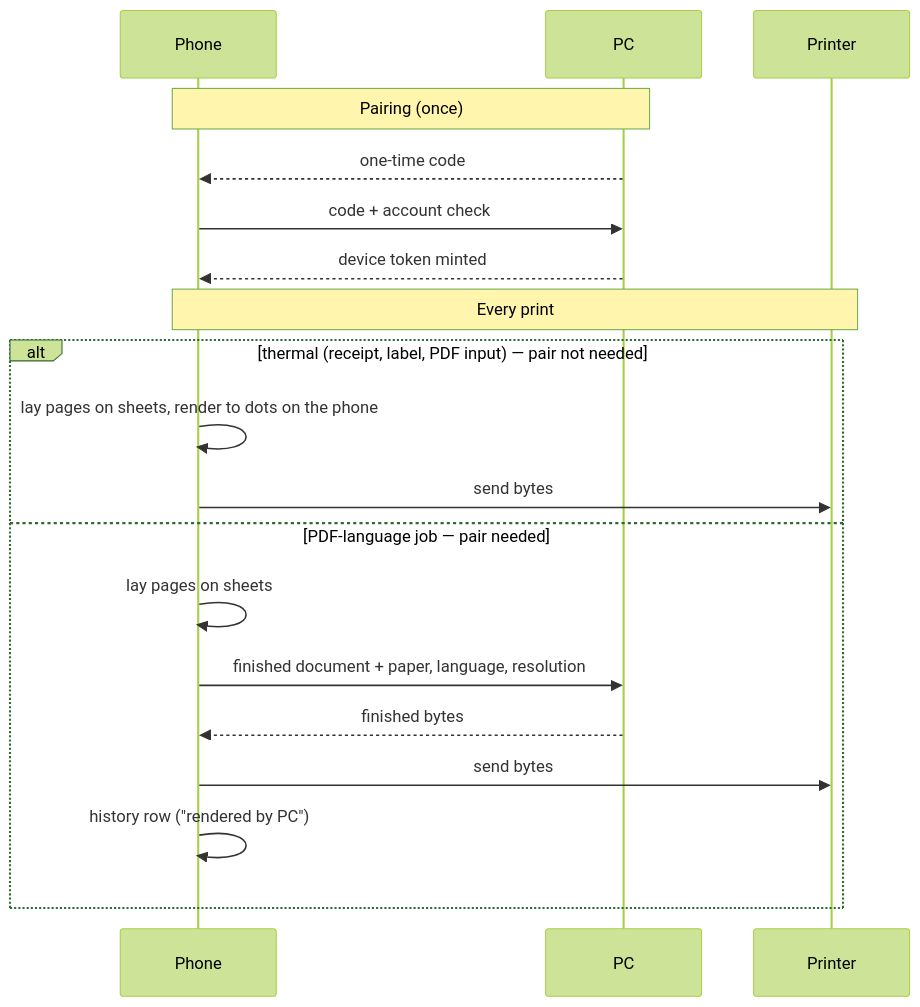
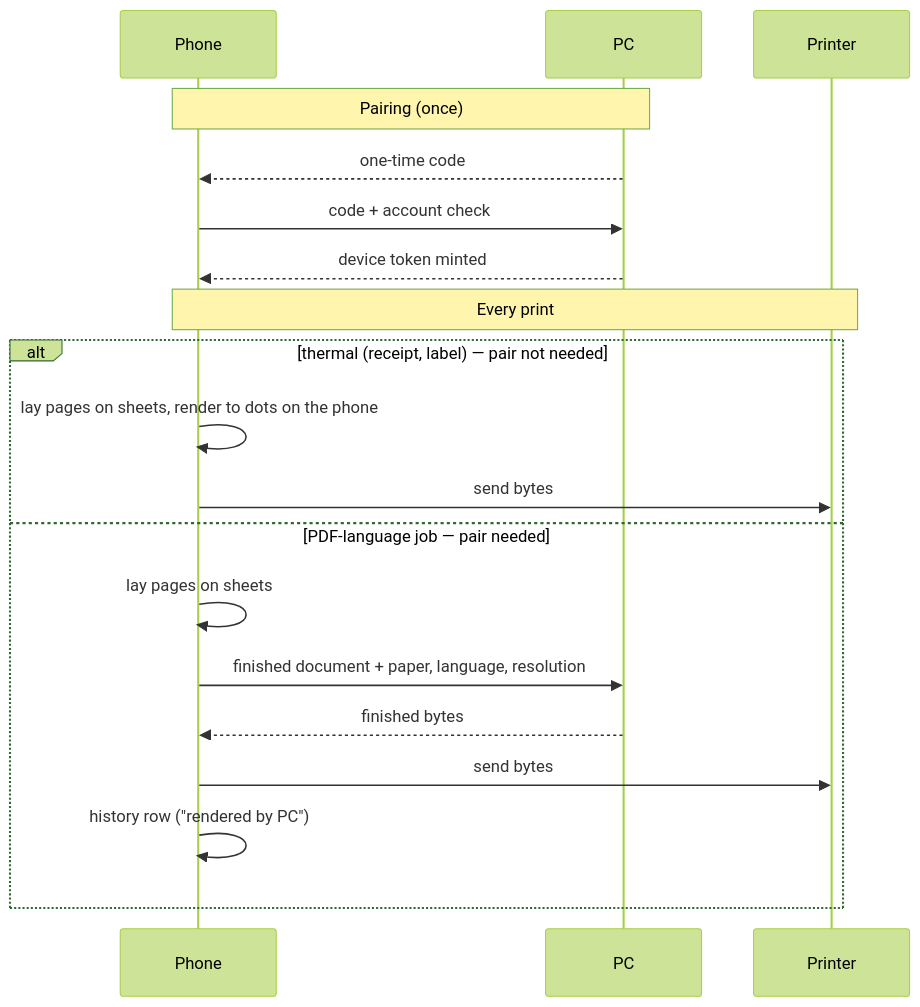
One commit to SAR-dev/PrintNinja changed the third of 4 diagrams in docs/ARCHITECTURE.md. Above: the diagram before and after it, drawn with Mermaid (forest theme). The commit also changed other lines of this file and 17 other files, not shown here.

````diff
--- a/docs/ARCHITECTURE.md
+++ b/docs/ARCHITECTURE.md
@@ -98,21 +98,21 @@
 ```mermaid
 sequenceDiagram
     participant P as Phone
     participant C as PC
     participant R as Printer
     Note over P,C: Pairing (once)
     C-->>P: one-time code
     P->>C: code + account check
     C-->>P: device token minted
     Note over P,R: Every print
-    alt thermal (receipt, label, PDF input) — pair not needed
+    alt thermal (receipt, label) — pair not needed
         P->>P: lay pages on sheets, render to dots on the phone
         P->>R: send bytes
     else PDF-language job — pair needed
         P->>P: lay pages on sheets
         P->>C: finished document + paper, language, resolution
         C-->>P: finished bytes
         P->>R: send bytes
         P->>P: history row ("rendered by PC")
     end
 ```
````
